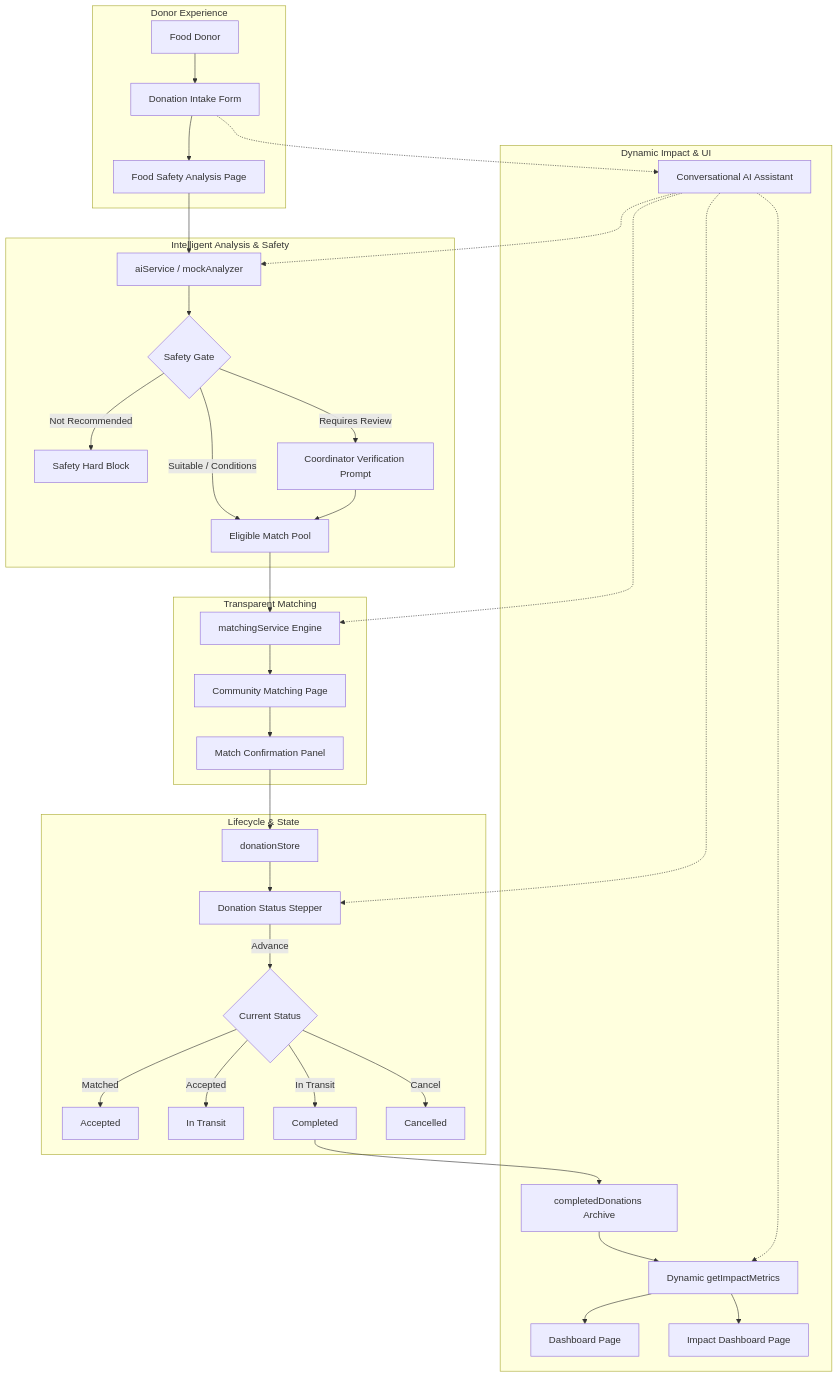
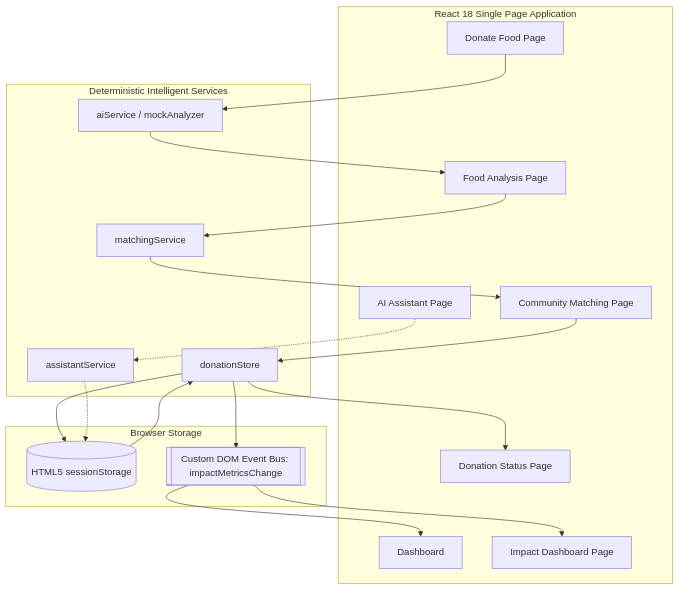
One commit to TERMINATOR7732/foodbridge-ai changed the first of 4 diagrams in docs/FoodBridge_AI_Final_Report.md. Above: the diagram before and after it, drawn with Mermaid. The commit also changed other lines of this file and 5 other files, not shown here.

````diff
--- a/docs/FoodBridge_AI_Final_Report.md
+++ b/docs/FoodBridge_AI_Final_Report.md
@@ -122,44 +117,38 @@
 ```mermaid
 flowchart TD
-    subgraph Donor Experience
-        A[Food Donor] --> B[Donation Intake Form]
-        B --> C[Food Safety Analysis Page]
+    subgraph UI Layer [React 18 Single Page Application]
+        A[Dashboard]
+        B[Donate Food Page]
+        C[Food Analysis Page]
+        D[Community Matching Page]
+        E[Donation Status Page]
+        F[Impact Dashboard Page]
+        G[AI Assistant Page]
     end
 
-    subgraph Intelligent Analysis & Safety
-        C --> D[aiService / mockAnalyzer]
-        D --> E{Safety Gate}
-        E -->|Not Recommended| F[Safety Hard Block]
-        E -->|Suitable / Conditions| G[Eligible Match Pool]
-        E -->|Requires Review| H[Coordinator Verification Prompt]
-        H --> G
+    subgraph Service Abstraction Layer [Deterministic Intelligent Services]
+        S1[aiService / mockAnalyzer]
+        S2[matchingService]
+        S3[donationStore]
+        S4[assistantService]
     end
 
-    subgraph Transparent Matching
-        G --> I[matchingService Engine]
-        I --> J[Community Matching Page]
-        J --> K[Match Confirmation Panel]
+    subgraph Client State & Persistence [Browser Storage]
+        Store[(HTML5 sessionStorage)]
+        Bus[[Custom DOM Event Bus: impactMetricsChange]]
     end
 
-    subgraph Lifecycle & State
-        K --> L[donationStore]
-        L --> M[Donation Status Stepper]
-        M -->|Advance| N{Current Status}
-        N -->|Matched| O[Accepted]
-        N -->|Accepted| P[In Transit]
-        N -->|In Transit| Q[Completed]
-        N -->|Cancel| R[Cancelled]
-    end
-
-    subgraph Dynamic Impact & UI
-        Q --> S[completedDonations Archive]
-        S --> T[Dynamic getImpactMetrics]
-        T --> U[Dashboard Page]
-        T --> V[Impact Dashboard Page]
-        B -.-> W[Conversational AI Assistant]
-        W -.-> D
-        W -.-> I
-        W -.-> M
-        W -.-> T
-    end
+    B --> S1
+    S1 --> C
+    C --> S2
+    S2 --> D
+    D --> S3
+    S3 --> E
+    S3 --> Store
+    Store --> S3
+    S3 --> Bus
+    Bus --> A
+    Bus --> F
+    G -.-> S4
+    S4 -.-> Store
 ```
````
